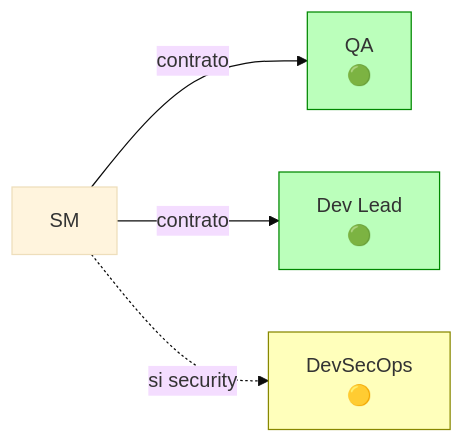
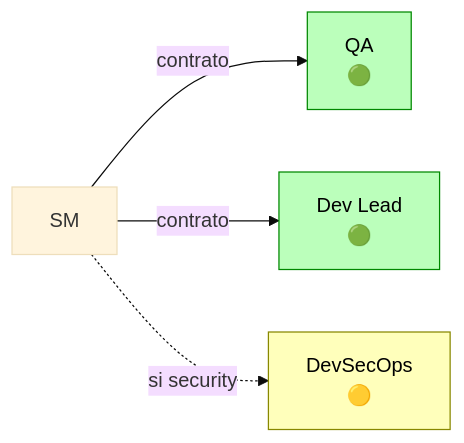
One commit to virgenherrera/idea-to-mvp changed the seventh of 14 diagrams in docs/role-profiles.md. Above: the diagram before and after it, drawn with Mermaid (base theme). The commit also changed other lines of this file and 1 other file, not shown here.

First line of the commit message:
fix: add explicit text color to mermaid diagram nodes

````diff
--- a/docs/role-profiles.md
+++ b/docs/role-profiles.md
@@ -428,10 +428,10 @@
 ```mermaid
 flowchart LR
     SM_F6["SM"] -->|"contrato"| QA_F6["QA\n🟢"]
     SM_F6 -->|"contrato"| DEV_F6["Dev Lead\n🟢"]
     SM_F6 -.->|"si security"| SEC_F6["DevSecOps\n🟡"]
 
-    style QA_F6 fill:#bfb,stroke:#080
-    style DEV_F6 fill:#bfb,stroke:#080
-    style SEC_F6 fill:#ffb,stroke:#880
+    style QA_F6 fill:#bfb,stroke:#080,color:#000
+    style DEV_F6 fill:#bfb,stroke:#080,color:#000
+    style SEC_F6 fill:#ffb,stroke:#880,color:#000
 ```
````
